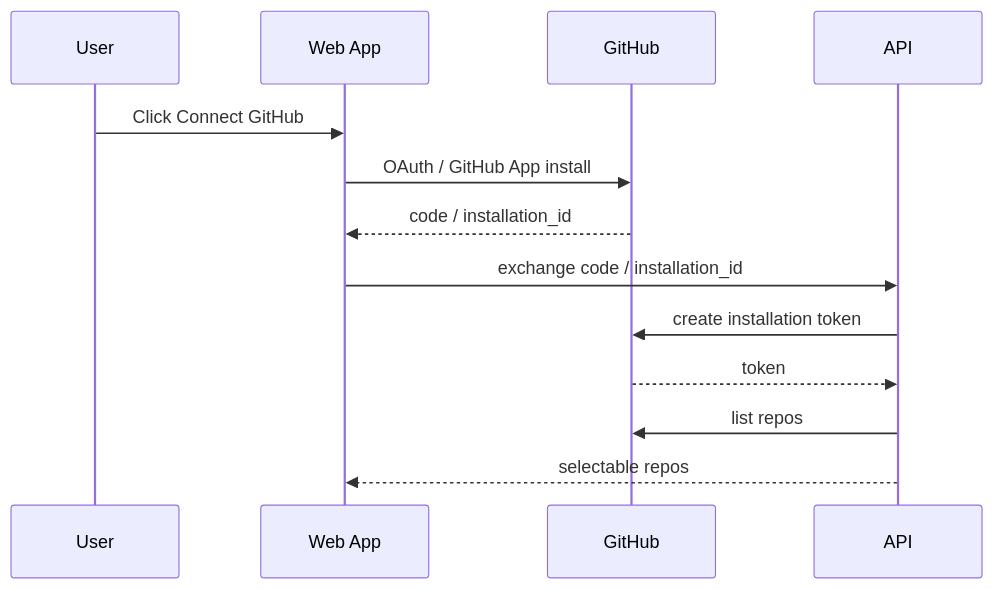
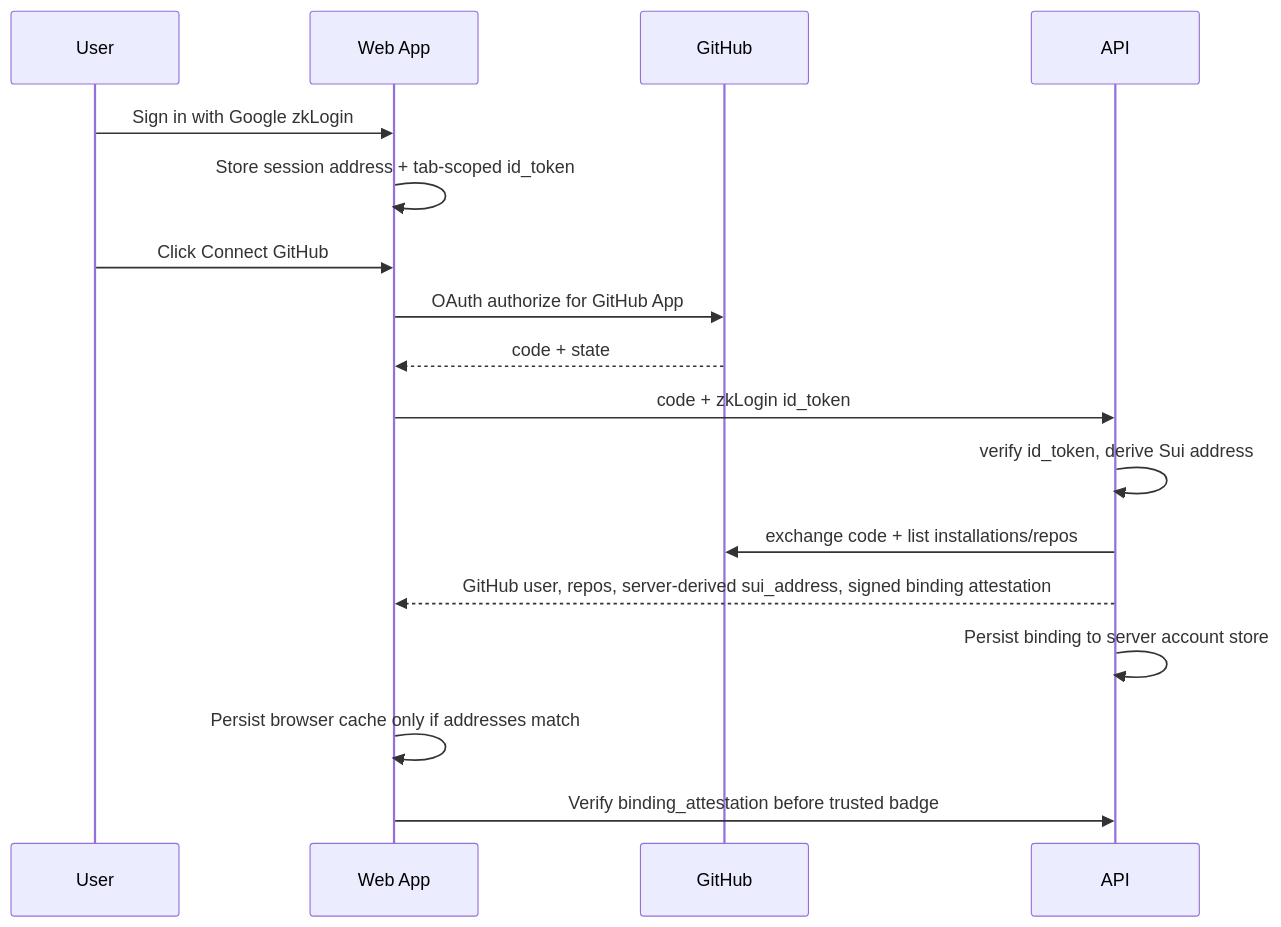
One commit to Euraxluo/research-network changed the first of 2 diagrams in docs/04-github-zklogin-auth.md. Above: the diagram before and after it, drawn with Mermaid. The commit also changed other lines of this file and 92 other files, not shown here.

````diff
--- a/docs/04-github-zklogin-auth.md
+++ b/docs/04-github-zklogin-auth.md
@@ -77,16 +89,20 @@
 ```mermaid
 sequenceDiagram
     participant U as User
     participant Web as Web App
     participant GH as GitHub
     participant API as API
 
+    U->>Web: Sign in with Google zkLogin
+    Web->>Web: Store session address + tab-scoped id_token
     U->>Web: Click Connect GitHub
-    Web->>GH: OAuth / GitHub App install
-    GH-->>Web: code / installation_id
-    Web->>API: exchange code / installation_id
-    API->>GH: create installation token
-    GH-->>API: token
-    API->>GH: list repos
-    API-->>Web: selectable repos
+    Web->>GH: OAuth authorize for GitHub App
+    GH-->>Web: code + state
+    Web->>API: code + zkLogin id_token
+    API->>API: verify id_token, derive Sui address
+    API->>GH: exchange code + list installations/repos
+    API-->>Web: GitHub user, repos, server-derived sui_address, signed binding attestation
+    API->>API: Persist binding to server account store
+    Web->>Web: Persist browser cache only if addresses match
+    Web->>API: Verify binding_attestation before trusted badge
 ```
````
